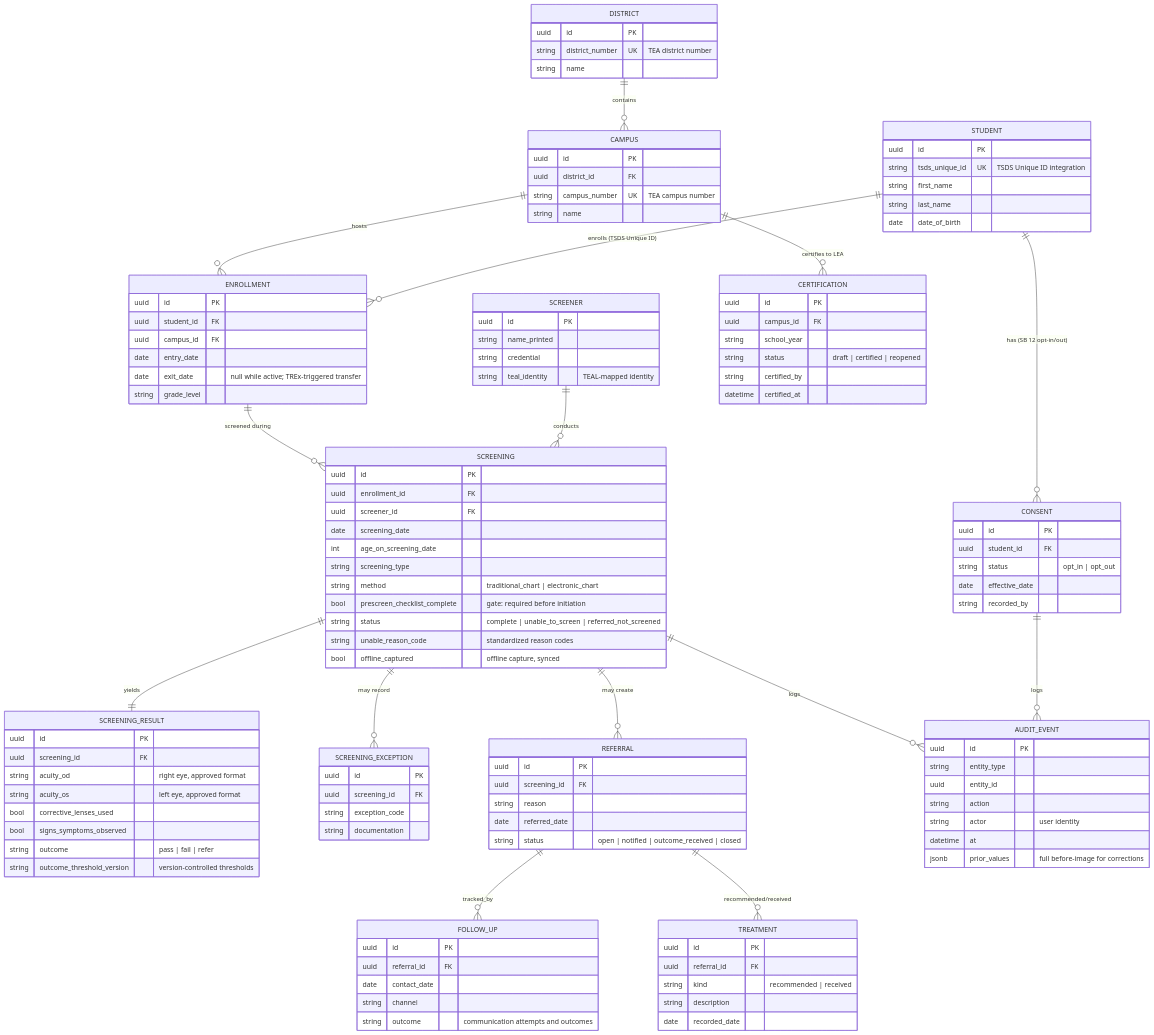
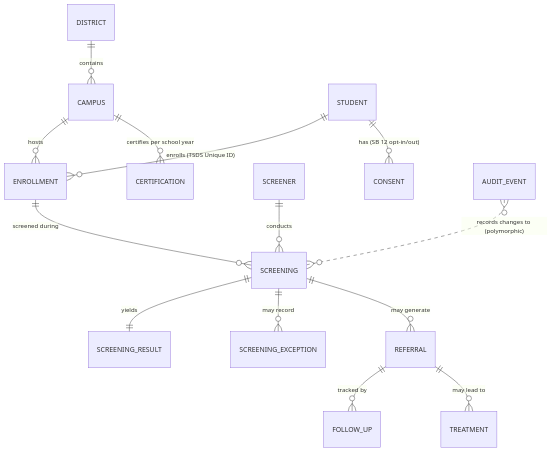
Before and after one commit to edgentx/vision-screening-data-model-sample: the diagram in erd.md, drawn with Mermaid. The commit also changed other lines of this file and 1 other file, not shown here.

Commit message:
Named foreign key constraints and a rendering ERD (#1)
Inline column REFERENCES become explicit named FOREIGN KEY constraints
with ON DELETE RESTRICT, one per relationship, so the referential model
reads at a glance. audit_event.entity_id documents why it deliberately
carries no FK (polymorphic, must survive deletion of what it describes).
erd.md was truncated mid-diagram with stray braces and never rendered on
GitHub; rewritten complete with a reading guide. Schema validated: loads
clean on Postgres 16, 14 tables, 12 foreign keys.

````diff
--- a/erd.md
+++ b/erd.md
@@ -10,117 +15,9 @@
     SCREENER ||--o{ SCREENING : conducts
     SCREENING ||--|| SCREENING_RESULT : yields
     SCREENING ||--o{ SCREENING_EXCEPTION : "may record"
-    SCREENING ||--o{ REFERRAL : "may create"
-    REFERRAL ||--o{ FOLLOW_UP : tracked_by
-    REFERRAL ||--o{ TREATMENT : "recommended/received"
-    CAMPUS ||--o{ CERTIFICATION : "certifies to LEA"
-    SCREENING ||--o{ AUDIT_EVENT : logs
-    CONSENT ||--o{ AUDIT_EVENT : logs
-
-    STUDENT {
-        uuid id PK
-        string tsds_unique_id UK "TSDS Unique ID integration"
-        string first_name
-        string last_name
-        date date_of_birth
-    }
-    DISTRICT {
-        uuid id PK
-        string district_number UK "TEA district number"
-        string name
-    }
-    CAMPUS {
-        uuid id PK
-        uuid district_id FK
-        string campus_number UK "TEA campus number"
-        string name
-    }
-    ENROLLMENT {
-        uuid id PK
-        uuid student_id FK
-        uuid campus_id FK
-        date entry_date
-        date exit_date "null while active; TREx-triggered transfer"
-        string grade_level
-    }
-    CONSENT {
-        uuid id PK
-        uuid student_id FK
-        string status "opt_in | opt_out"
-        date effective_date
-        string recorded_by
-    }
-    SCREENER {
-        uuid id PK
-        string name_printed
-        string credential
-        string teal_identity "TEAL-mapped identity"
-    }
-    SCREENING {
-        uuid id PK
-        uuid enrollment_id FK
-        uuid screener_id FK
-        date screening_date
-        int age_on_screening_date
-        string screening_type
-        string method "traditional_chart | electronic_chart"
-        bool prescreen_checklist_complete "gate: required before initiation"
-        string status "complete | unable_to_screen | referred_not_screened"
-        string unable_reason_code "standardized reason codes"
-        bool offline_captured "offline capture, synced"
-    }
-    SCREENING_RESULT {
-        uuid id PK
-        uuid screening_id FK
-        string acuity_od "right eye, approved format"
-        string acuity_os "left eye, approved format"
-        bool corrective_lenses_used
-        bool signs_symptoms_observed
-        string outcome "pass | fail | refer"
-        string outcome_threshold_version "version-controlled thresholds"
-    }
-    SCREENING_EXCEPTION {
-        uuid id PK
-        uuid screening_id FK
-        string exception_code
-        string documentation
-    }
-    REFERRAL {
-        uuid id PK
-        uuid screening_id FK
-        string reason
-        date referred_date
-        string status "open | notified | outcome_received | closed"
-    }
-    FOLLOW_UP {
-        uuid id PK
-        uuid referral_id FK
-        date contact_date
-        string channel
-        string outcome "communication attempts and outcomes"
-    }
-    TREATMENT {
-        uuid id PK
-        uuid referral_id FK
-        string kind "recommended | received"
-        string description
-        date recorded_date
-    }
-    CERTIFICATION {
-        uuid id PK
-        uuid campus_id FK
-        string school_year
-        string status "draft | certified | reopened"
-        string certified_by
-        datetime certified_at
-    }
-    AUDIT_EVENT {
-        uuid id PK
-        string entity_type
-        uuid entity_id
-        string action
-        string actor "user identity"
-        datetime at
-        jsonb prior_values "full before-image for corrections"
-    }
+    SCREENING ||--o{ REFERRAL : "may generate"
+    REFERRAL ||--o{ FOLLOW_UP : "tracked by"
+    REFERRAL ||--o{ TREATMENT : "may lead to"
+    CAMPUS ||--o{ CERTIFICATION : "certifies per school year"
+    AUDIT_EVENT }o..o{ SCREENING : "records changes to (polymorphic)"
 ```
````
